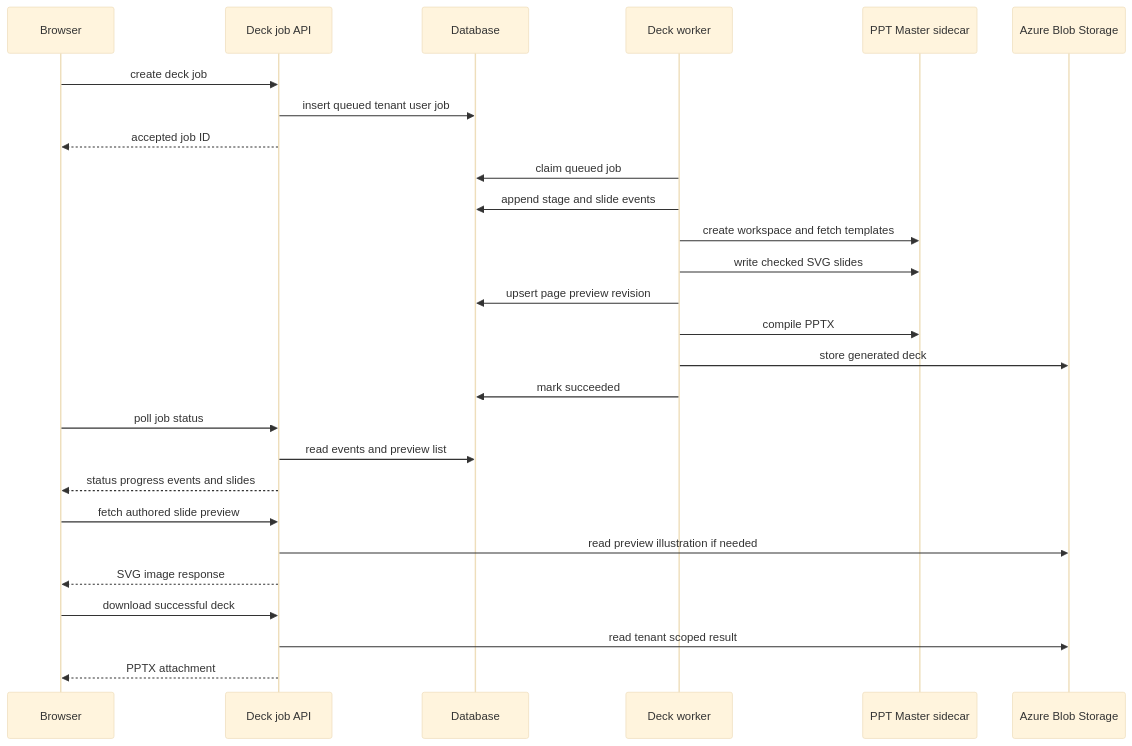
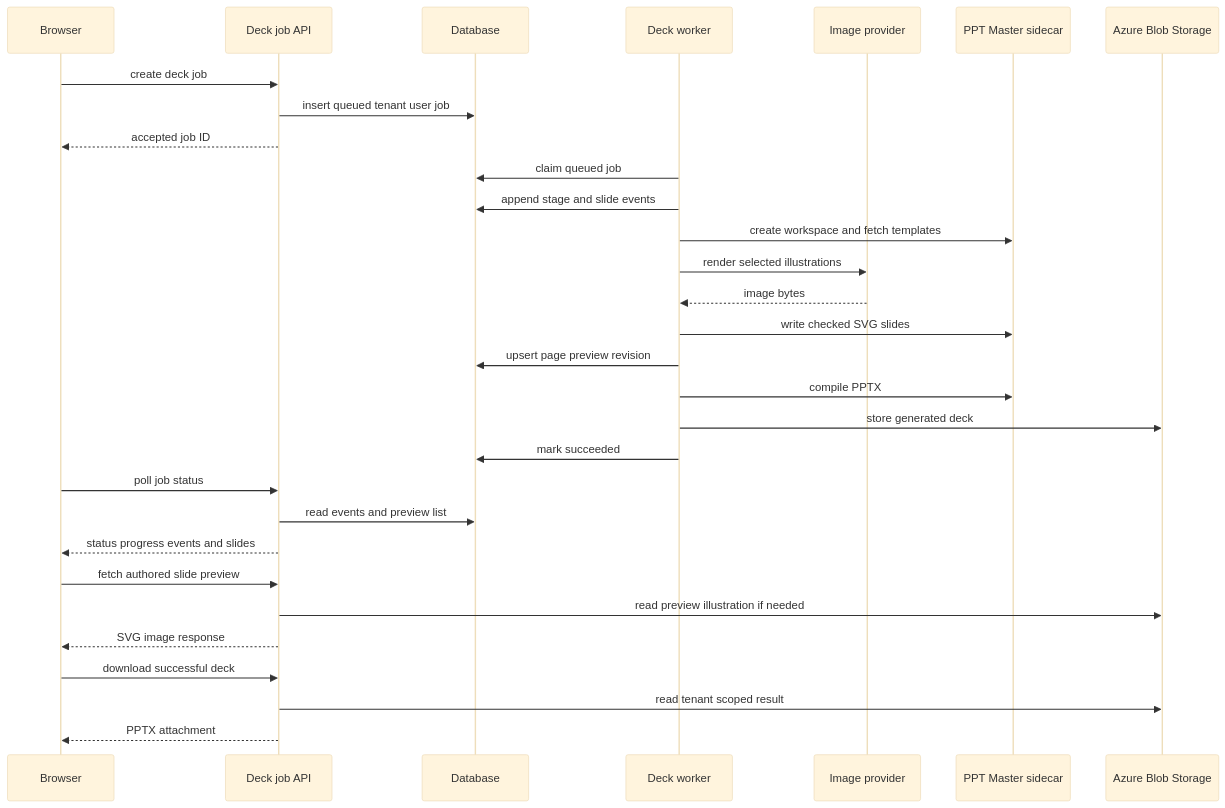
One commit to tony30552001/Genpic-master changed the first of 2 diagrams in openwiki/backend/ppt-master-decks.md. Above: the diagram before and after it, drawn with Mermaid (base theme). The commit also changed other lines of this file and 5 other files, not shown here.

````diff
--- a/openwiki/backend/ppt-master-decks.md
+++ b/openwiki/backend/ppt-master-decks.md
@@ -28,29 +28,32 @@
 ```mermaid
 sequenceDiagram
   participant Browser
   participant Api as Deck job API
   participant Database
   participant Worker as Deck worker
+  participant Image as Image provider
   participant Sidecar as PPT Master sidecar
   participant Blob as Azure Blob Storage
   Browser->>Api: create deck job
   Api->>Database: insert queued tenant user job
   Api-->>Browser: accepted job ID
   Worker->>Database: claim queued job
   Worker->>Database: append stage and slide events
   Worker->>Sidecar: create workspace and fetch templates
+  Worker->>Image: render selected illustrations
+  Image-->>Worker: image bytes
   Worker->>Sidecar: write checked SVG slides
   Worker->>Database: upsert page preview revision
   Worker->>Sidecar: compile PPTX
   Worker->>Blob: store generated deck
   Worker->>Database: mark succeeded
   Browser->>Api: poll job status
   Api->>Database: read events and preview list
   Api-->>Browser: status progress events and slides
   Browser->>Api: fetch authored slide preview
   Api->>Blob: read preview illustration if needed
   Api-->>Browser: SVG image response
   Browser->>Api: download successful deck
   Api->>Blob: read tenant scoped result
   Api-->>Browser: PPTX attachment
 ```
````
